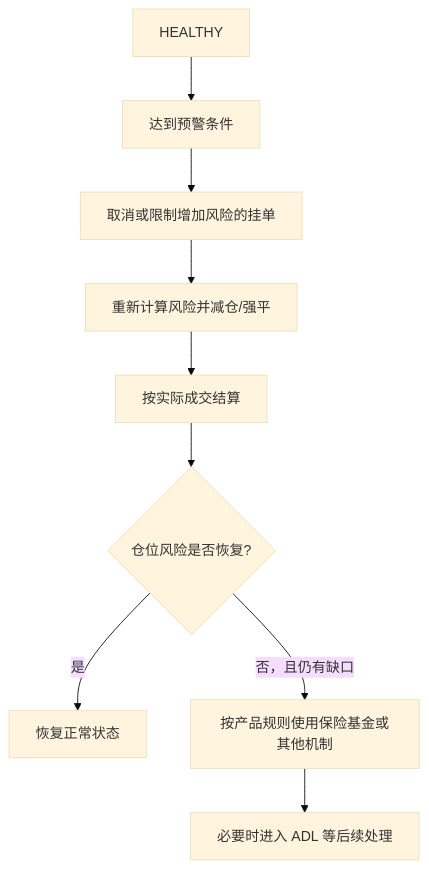
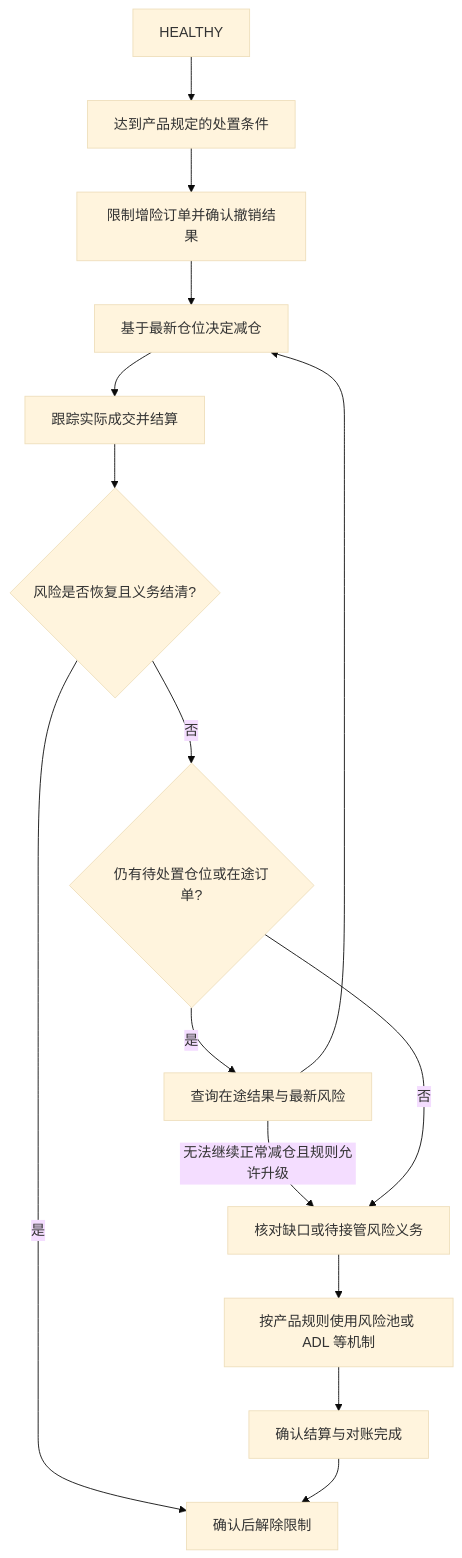
Before and after one commit to xiaoheng008/futures: the first of 2 diagrams in content/book/ch07-liquidation/_index.md, drawn with Mermaid (base theme). The commit also changed other lines of this file and 33 other files, not shown here.

````diff
--- a/content/book/ch07-liquidation/_index.md
+++ b/content/book/ch07-liquidation/_index.md
@@ -30,11 +32,17 @@
 ```mermaid
 flowchart TD
-  H[HEALTHY] --> W[达到预警条件]
-  W --> C[取消或限制增加风险的挂单]
-  C --> D[重新计算风险并减仓/强平]
-  D --> E[按实际成交结算]
-  E --> Q{仓位风险是否恢复?}
-  Q -->|是| R[恢复正常状态]
-  Q -->|否，且仍有缺口| I[按产品规则使用保险基金或其他机制]
-  I --> A[必要时进入 ADL 等后续处理]
+  H["HEALTHY"] --> W["达到产品规定的处置条件"]
+  W --> C["限制增险订单并确认撤销结果"]
+  C --> D["基于最新仓位决定减仓"]
+  D --> E["跟踪实际成交并结算"]
+  E --> Q{风险是否恢复且义务结清?}
+  Q -->|是| R["确认后解除限制"]
+  Q -->|否| P{仍有待处置仓位或在途订单?}
+  P -->|是| U["查询在途结果与最新风险"]
+  U --> D
+  U -->|无法继续正常减仓且规则允许升级| I
+  P -->|否| I["核对缺口或待接管风险义务"]
+  I --> A["按产品规则使用风险池或 ADL 等机制"]
+  A --> V["确认结算与对账完成"]
+  V --> R
 ```
````
